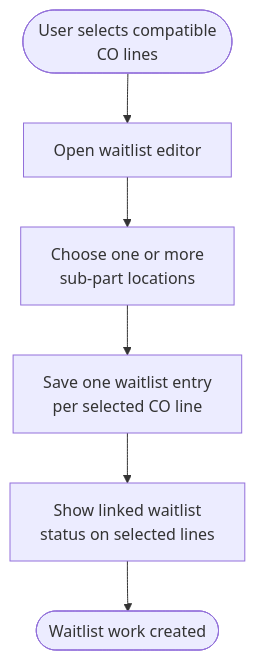
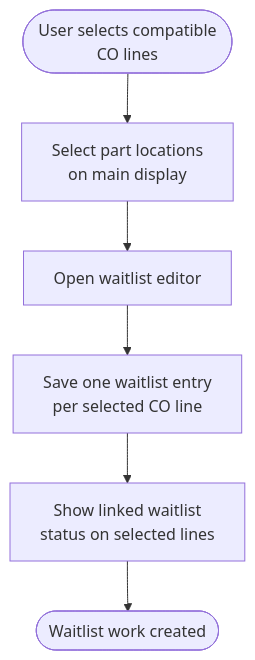
Before and after one commit to JDKoll1982/MTM_Receiving_Application: the third of 8 diagrams in specs/001-customer-pull-pack/spec.md, drawn with Mermaid. The commit also changed other lines of this file and 291 other files, not shown here.

````diff
--- a/specs/001-customer-pull-pack/spec.md
+++ b/specs/001-customer-pull-pack/spec.md
@@ -270,8 +340,8 @@
 ```mermaid
 flowchart TD
-	Start([User selects compatible<br/>CO lines]) --> OpenEditor[Open waitlist editor]
-	OpenEditor --> ChooseLocations[Choose one or more<br/>sub-part locations]
-	ChooseLocations --> SaveRequest[Save one waitlist entry<br/>per selected CO line]
-	SaveRequest --> ShowLinkedState[Show linked waitlist<br/>status on selected lines]
-	ShowLinkedState --> CreateEnd([Waitlist work created])
+	W2_1_Start([User selects compatible<br/>CO lines]) --> W2_1_SelectLocations[Select part locations<br/>on main display]
+	W2_1_SelectLocations --> W2_1_OpenEditor[Open waitlist editor]
+	W2_1_OpenEditor --> W2_1_SaveRequest[Save one waitlist entry<br/>per selected CO line]
+	W2_1_SaveRequest --> W2_1_ShowLinkedState[Show linked waitlist<br/>status on selected lines]
+	W2_1_ShowLinkedState --> W2_1_CreateEnd([Waitlist work created])
 ```
````
